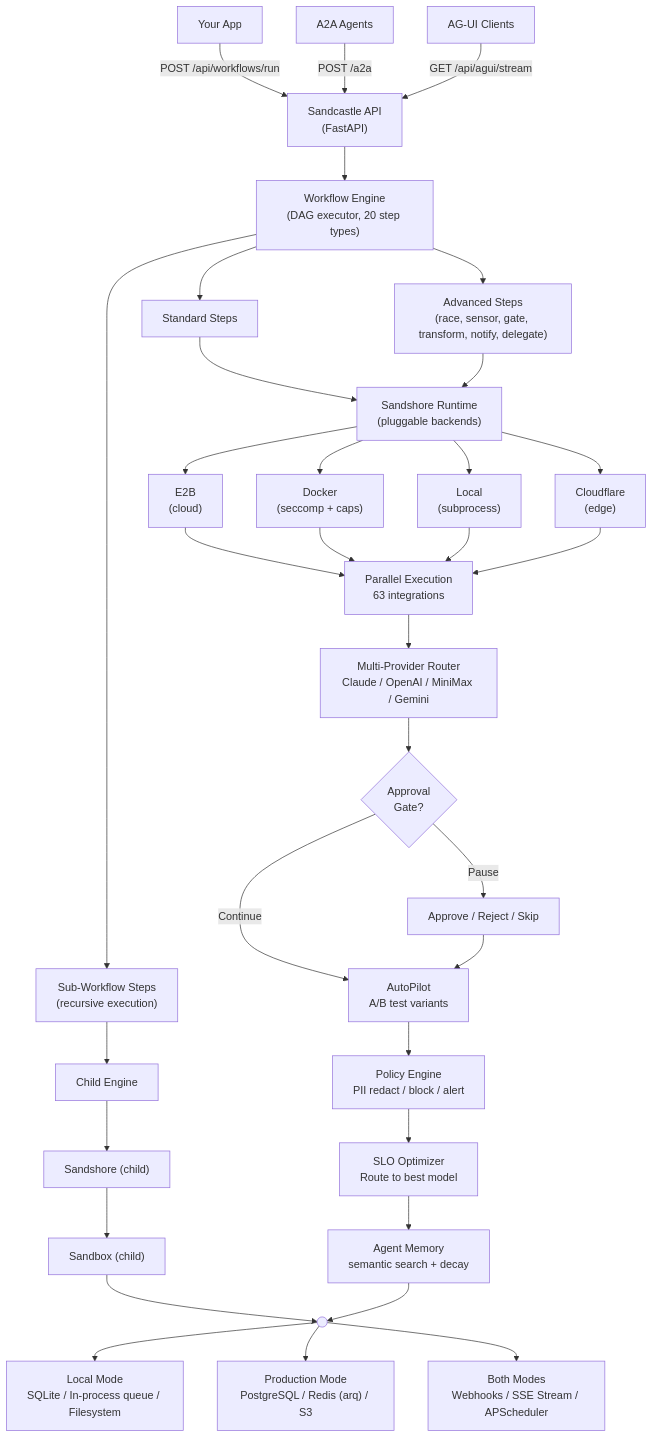
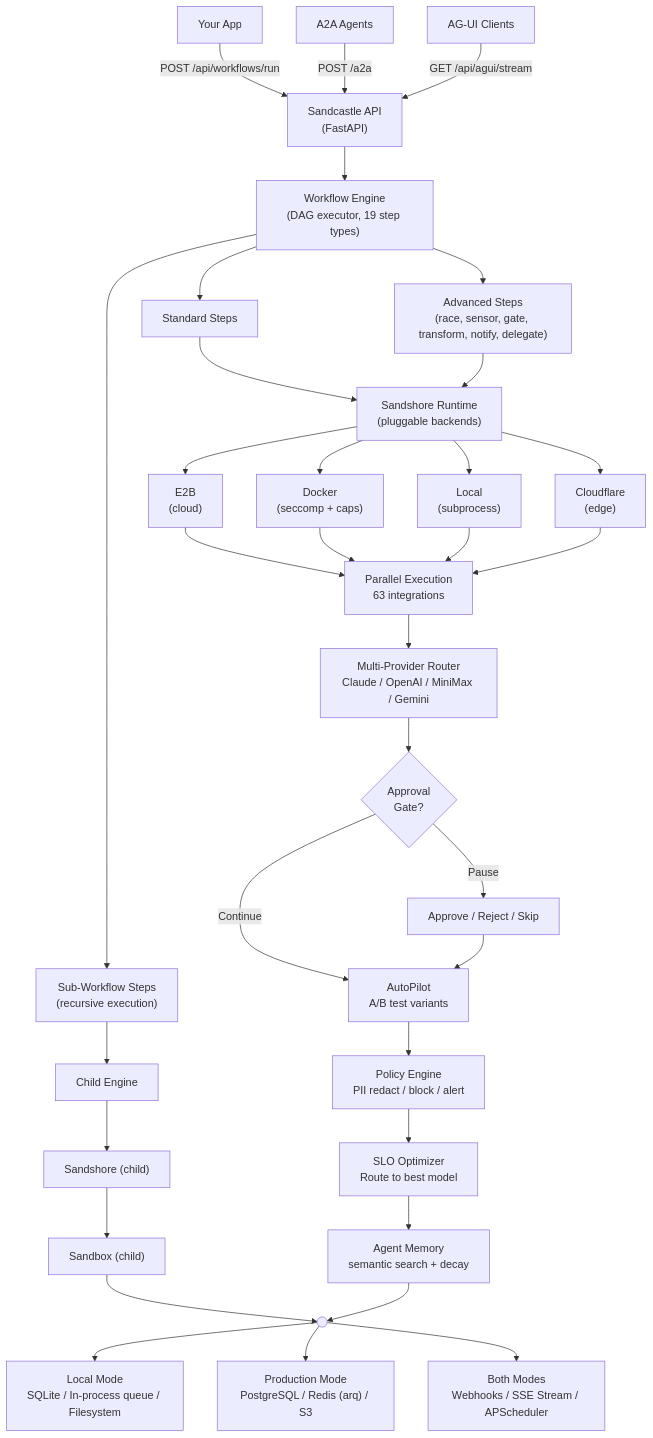
One commit to gizmax/Sandcastle changed the second of 2 diagrams in README.md. Above: the diagram before and after it, drawn with Mermaid. The commit also changed other lines of this file and 50 other files, not shown here.

````diff
--- a/README.md
+++ b/README.md
@@ -1920,47 +1955,47 @@
 ```mermaid
 flowchart TD
     App["Your App"] -->|"POST /api/workflows/run"| API["Sandcastle API\n(FastAPI)"]
     A2A["A2A Agents"] -->|"POST /a2a"| API
     AGUI["AG-UI Clients"] -->|"GET /api/agui/stream"| API
 
-    API --> Engine["Workflow Engine\n(DAG executor, 20 step types)"]
+    API --> Engine["Workflow Engine\n(DAG executor, 19 step types)"]
 
     Engine --> Standard["Standard Steps"]
     Engine --> Sub["Sub-Workflow Steps\n(recursive execution)"]
     Engine --> Advanced["Advanced Steps\n(race, sensor, gate, transform, notify, delegate)"]
 
     Standard --> Sandshore["Sandshore Runtime\n(pluggable backends)"]
     Sub --> Child["Child Engine"]
     Advanced --> Sandshore
     Child --> SandshoreChild["Sandshore (child)"]
 
     Sandshore --> E2B["E2B\n(cloud)"]
     Sandshore --> Docker["Docker\n(seccomp + caps)"]
     Sandshore --> Local["Local\n(subprocess)"]
     Sandshore --> CF["Cloudflare\n(edge)"]
     SandshoreChild --> E2B2["Sandbox (child)"]
 
     E2B --> Execution
     Docker --> Execution
     Local --> Execution
     CF --> Execution
     E2B2 --> Merge
 
     Execution["Parallel Execution\n63 integrations"] --> Provider["Multi-Provider Router\nClaude / OpenAI / MiniMax / Gemini"]
 
     Provider --> Gate{"Approval\nGate?"}
 
     Gate -->|"Pause"| Review["Approve / Reject / Skip"]
     Gate -->|"Continue"| AutoPilot
 
     Review --> AutoPilot["AutoPilot\nA/B test variants"]
     AutoPilot --> Policy["Policy Engine\nPII redact / block / alert"]
     Policy --> Optimizer["SLO Optimizer\nRoute to best model"]
     Optimizer --> Memory["Agent Memory\nsemantic search + decay"]
 
     Memory --> Merge((" "))
 
     Merge --> LocalMode["Local Mode\nSQLite / In-process queue / Filesystem"]
     Merge --> ProdMode["Production Mode\nPostgreSQL / Redis (arq) / S3"]
     Merge --> BothModes["Both Modes\nWebhooks / SSE Stream / APScheduler"]
 ```
````
